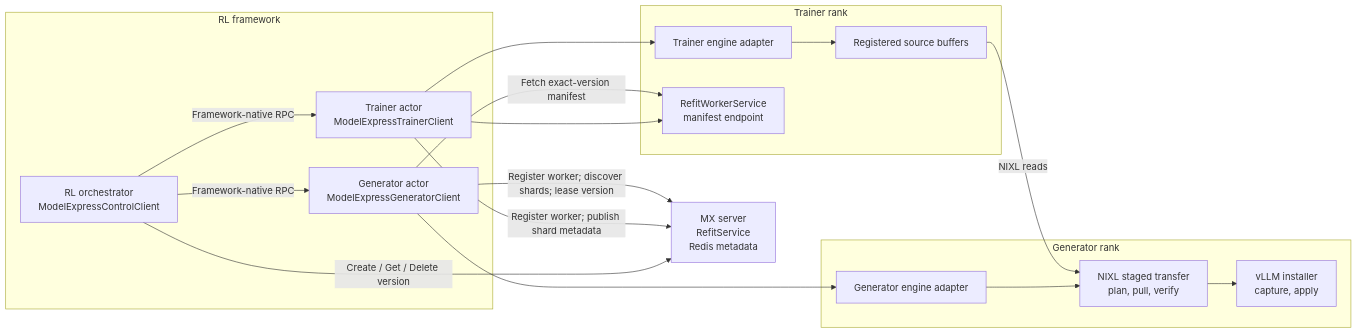
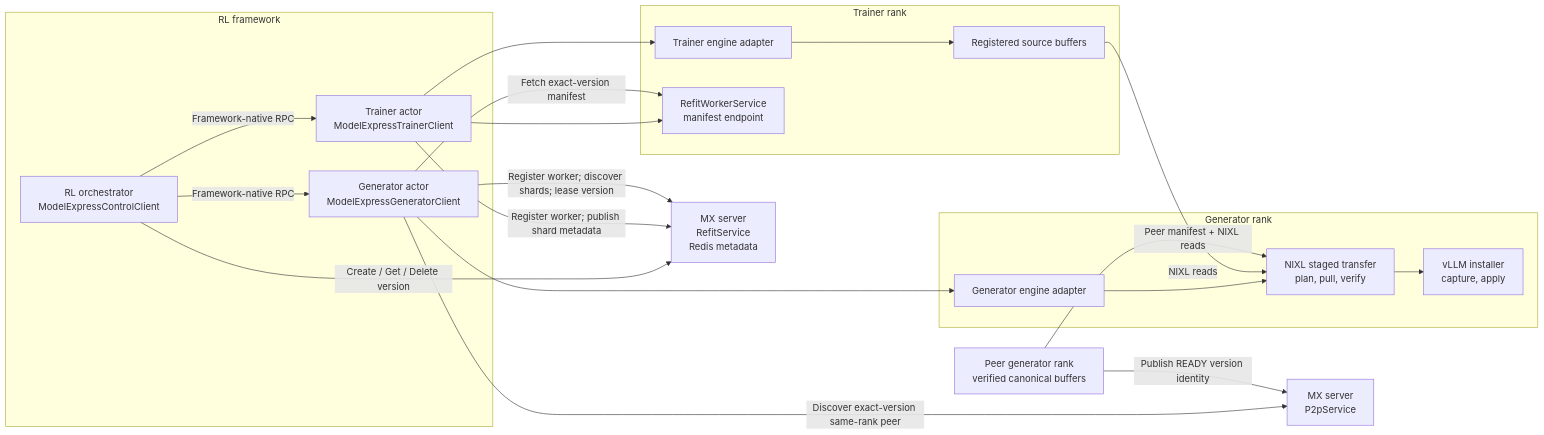
The second of 3 diagrams in docs/ARCHITECTURE.md (ai-dynamo/modelexpress), drawn with Mermaid before and after one commit. The commit also changed other lines of this file and 22 other files, not shown here.

Commit message:
feat(refit): add generator peer refit strategy (#671)

````diff
--- a/docs/ARCHITECTURE.md
+++ b/docs/ARCHITECTURE.md
@@ -399,33 +399,39 @@
 ```mermaid
 flowchart LR
     subgraph Framework["RL framework"]
         O["RL orchestrator<br/>ModelExpressControlClient"]
         T["Trainer actor<br/>ModelExpressTrainerClient"]
         G["Generator actor<br/>ModelExpressGeneratorClient"]
     end
 
     S["MX server<br/>RefitService<br/>Redis metadata"]
+    P["MX server<br/>P2pService"]
 
     subgraph Trainer["Trainer rank"]
         TA["Trainer engine adapter"]
         B["Registered source buffers"]
         M["RefitWorkerService<br/>manifest endpoint"]
     end
 
     subgraph Generator["Generator rank"]
         GA["Generator engine adapter"]
         X["NIXL staged transfer<br/>plan, pull, verify"]
         I["vLLM installer<br/>capture, apply"]
     end
 
+    PG["Peer generator rank<br/>verified canonical buffers"]
+
     O -->|"Create / Get / Delete version"| S
     O -->|"Framework-native RPC"| T
     O -->|"Framework-native RPC"| G
     T --> TA --> B
     T -->|"Register worker; publish shard metadata"| S
     T --> M
     G -->|"Register worker; discover shards; lease version"| S
+    G -->|"Discover exact-version same-rank peer"| P
     G --> GA --> X --> I
     G -->|"Fetch exact-version manifest"| M
     B -->|"NIXL reads"| X
+    PG -->|"Publish READY version identity"| P
+    PG -->|"Peer manifest + NIXL reads"| X
 ```
````
